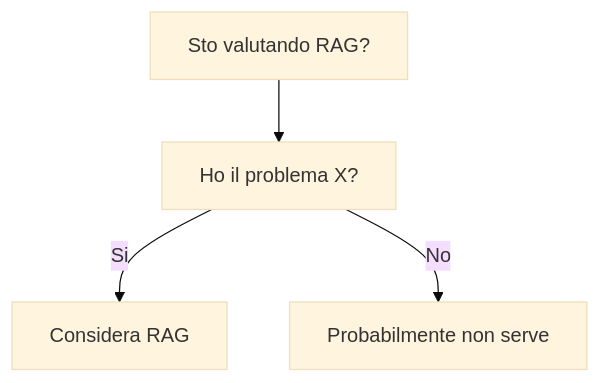
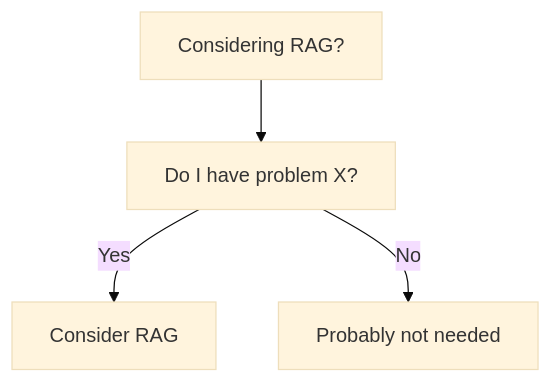
Before and after one commit to HxT9/Software-Dev-Wiki: the diagram in dev-wiki/22_AI_ML_Integration/RAG/When_To_Use.md, drawn with Mermaid (base theme). The commit also changed other lines of this file and 3444 other files, not shown here.

````diff
--- a/dev-wiki/22_AI_ML_Integration/RAG/When_To_Use.md
+++ b/dev-wiki/22_AI_ML_Integration/RAG/When_To_Use.md
@@ -19,6 +19,6 @@
 ```mermaid
 flowchart TD
-  Q[Sto valutando RAG?] --> Q1[Ho il problema X?]
-  Q1 -->|Si| OK[Considera RAG]
-  Q1 -->|No| NO[Probabilmente non serve]
+  Q[Considering RAG?] --> Q1[Do I have problem X?]
+  Q1 -->|Yes| OK[Consider RAG]
+  Q1 -->|No| NO[Probably not needed]
 ```
````
